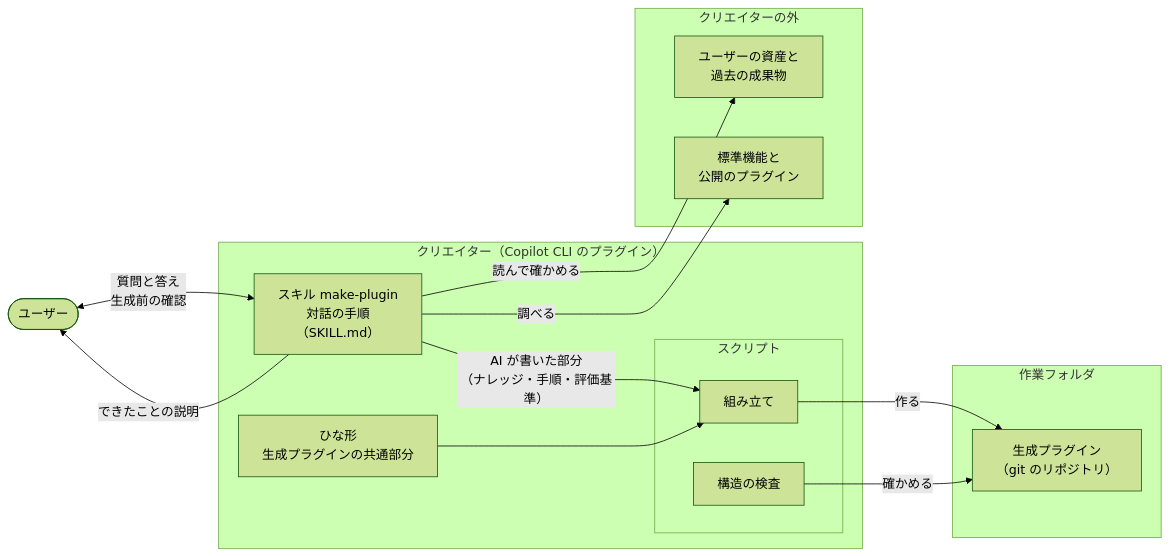
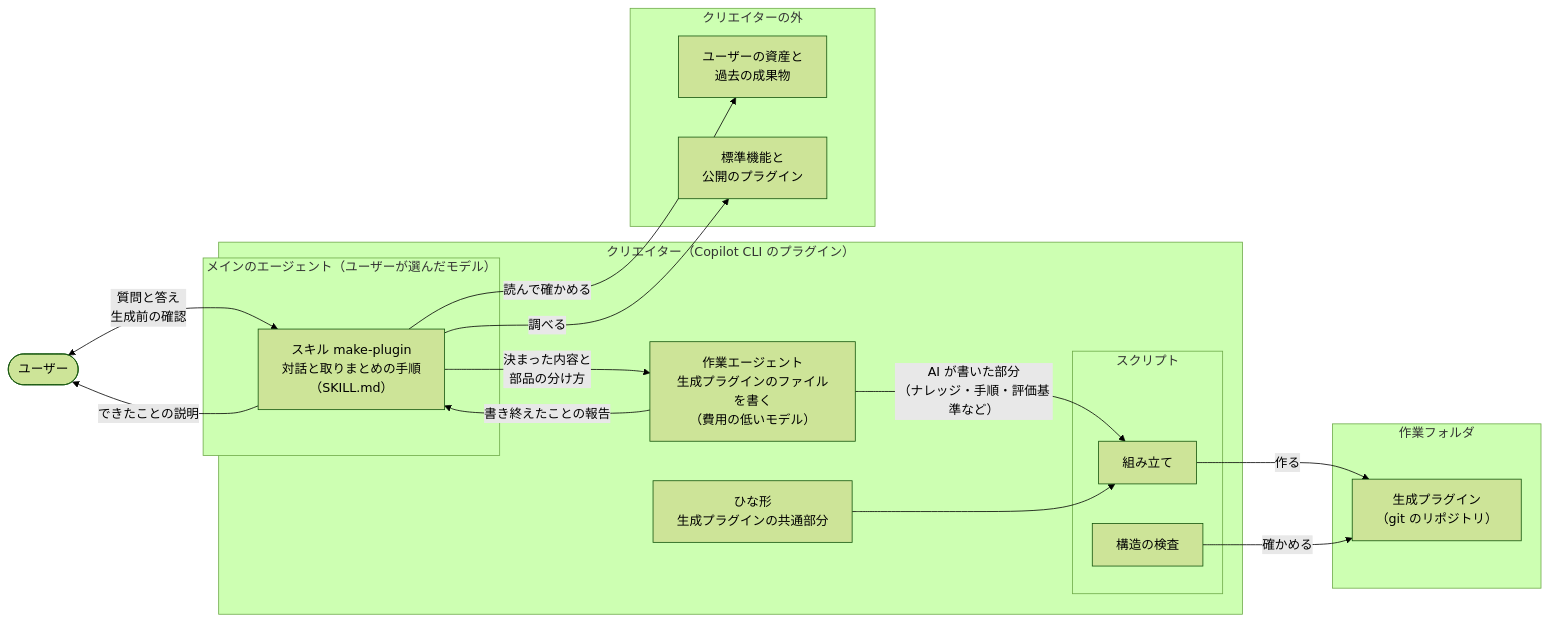
The diagram in docs/design/creator-structure.md (imaeda-hub/plugin-creater), drawn with Mermaid (forest theme) before and after one commit. The commit also changed other lines of this file and 4 other files, not shown here.

````diff
--- a/docs/design/creator-structure.md
+++ b/docs/design/creator-structure.md
@@ -9,31 +9,36 @@
 ```mermaid
 flowchart LR
   user(["ユーザー"])
 
   subgraph creator["クリエイター（Copilot CLI のプラグイン）"]
-    skill["スキル make-plugin<br/>対話の手順<br/>（SKILL.md）"]
+    subgraph main["メインのエージェント（ユーザーが選んだモデル）"]
+      skill["スキル make-plugin<br/>対話と取りまとめの手順<br/>（SKILL.md）"]
+    end
+    worker["作業エージェント<br/>生成プラグインのファイルを書く<br/>（費用の低いモデル）"]
     subgraph scripts["スクリプト"]
       scaffold["組み立て"]
       check["構造の検査"]
     end
     template["ひな形<br/>生成プラグインの共通部分"]
   end
 
   subgraph outside["クリエイターの外"]
     files["ユーザーの資産と<br/>過去の成果物"]
     oss["標準機能と<br/>公開のプラグイン"]
   end
 
   subgraph out["作業フォルダ"]
     gen["生成プラグイン<br/>（git のリポジトリ）"]
   end
 
   user <-->|"質問と答え<br/>生成前の確認"| skill
   skill -->|"読んで確かめる"| files
   skill -->|"調べる"| oss
-  skill -->|"AI が書いた部分<br/>（ナレッジ・手順・評価基準）"| scaffold
+  skill -->|"決まった内容と<br/>部品の分け方"| worker
+  worker -->|"書き終えたことの報告"| skill
+  worker -->|"AI が書いた部分<br/>（ナレッジ・手順・評価基準など）"| scaffold
   template --> scaffold
   scaffold -->|"作る"| gen
   check -->|"確かめる"| gen
   skill -->|"できたことの説明"| user
 ```
````
